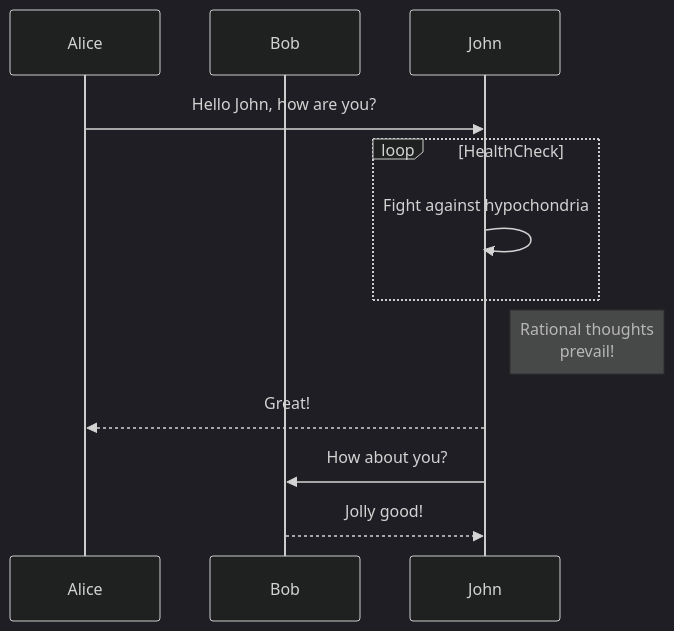
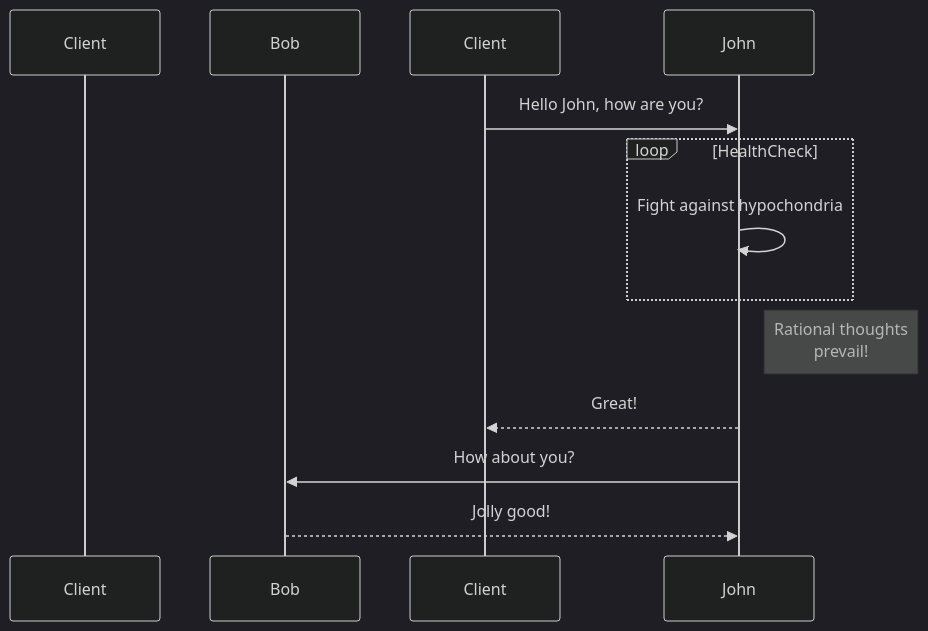
Before and after one commit to kaytervn/Spring-Boot-Practice: the diagram in README.md, drawn with Mermaid (dark theme).

````diff
--- a/README.md
+++ b/README.md
@@ -12,13 +12,13 @@
 ```mermaid
 sequenceDiagram
-    participant Alice
+    participant Alice as Client
     participant Bob
-    Alice->>John: Hello John, how are you?
+    Client->>John: Hello John, how are you?
     loop HealthCheck
         John->>John: Fight against hypochondria
     end
     Note right of John: Rational thoughts <br/>prevail!
-    John-->>Alice: Great!
+    John-->>Client: Great!
     John->>Bob: How about you?
     Bob-->>John: Jolly good!
 ```
````
